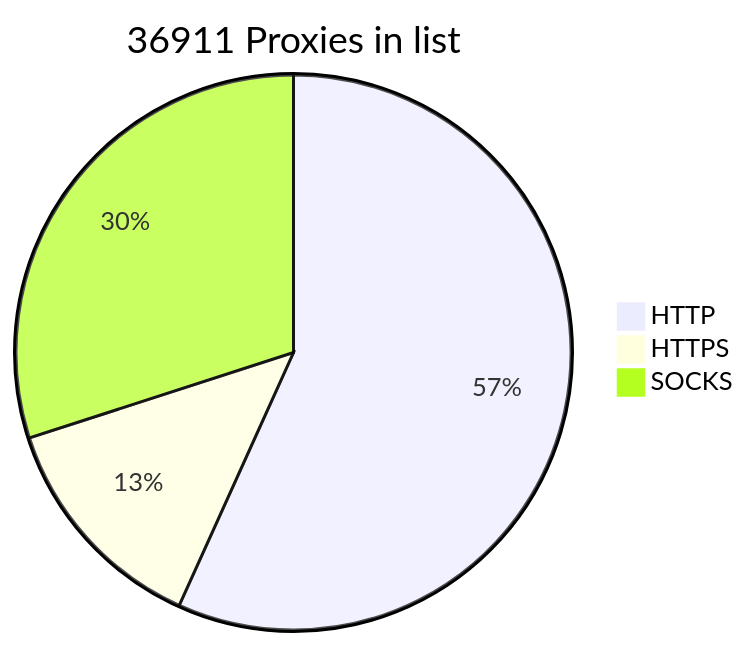
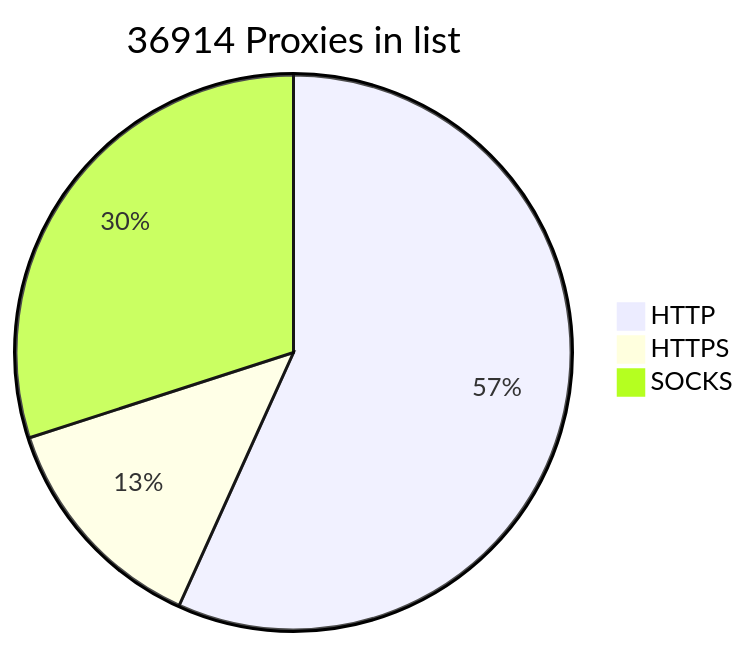
The diagram in README.md (BlackSnowDot/proxylist-update-every-minute), drawn with Mermaid before and after one commit.

````diff
--- a/README.md
+++ b/README.md
@@ -2,6 +2,6 @@
 ```mermaid
-pie title 36911 Proxies in list
-    "HTTP" : 23282
-    "HTTPS": 5443
+pie title 36914 Proxies in list
+    "HTTP" : 23286
+    "HTTPS": 5446
     "SOCKS" : 12297
 ```
````
